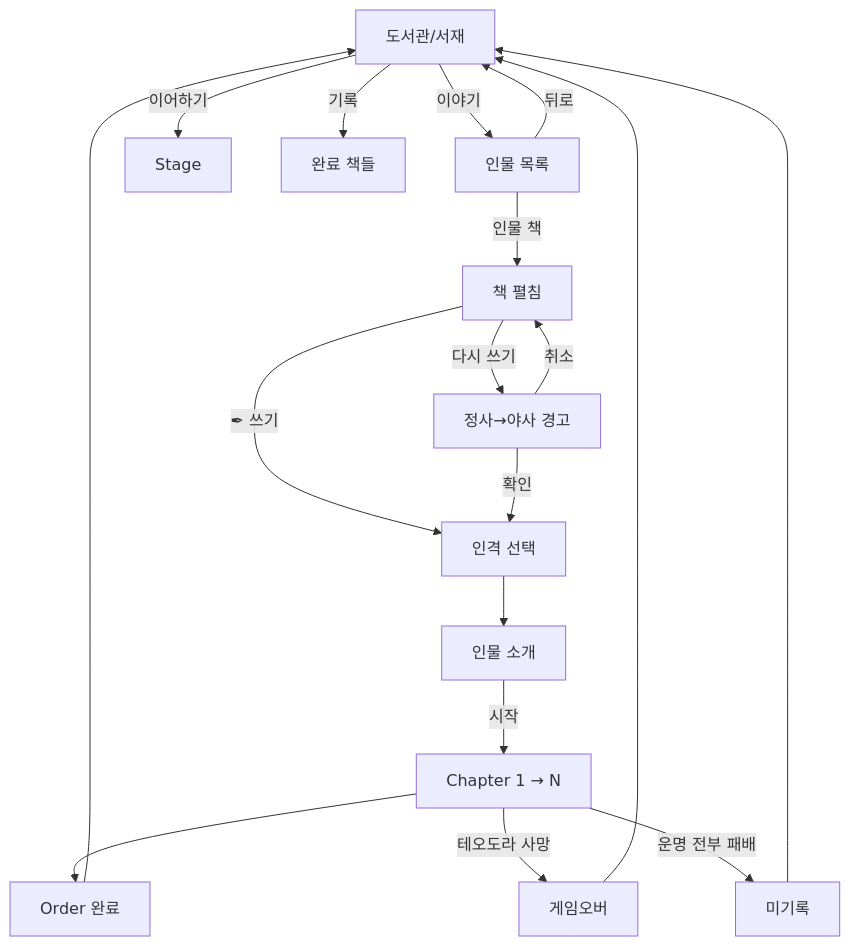
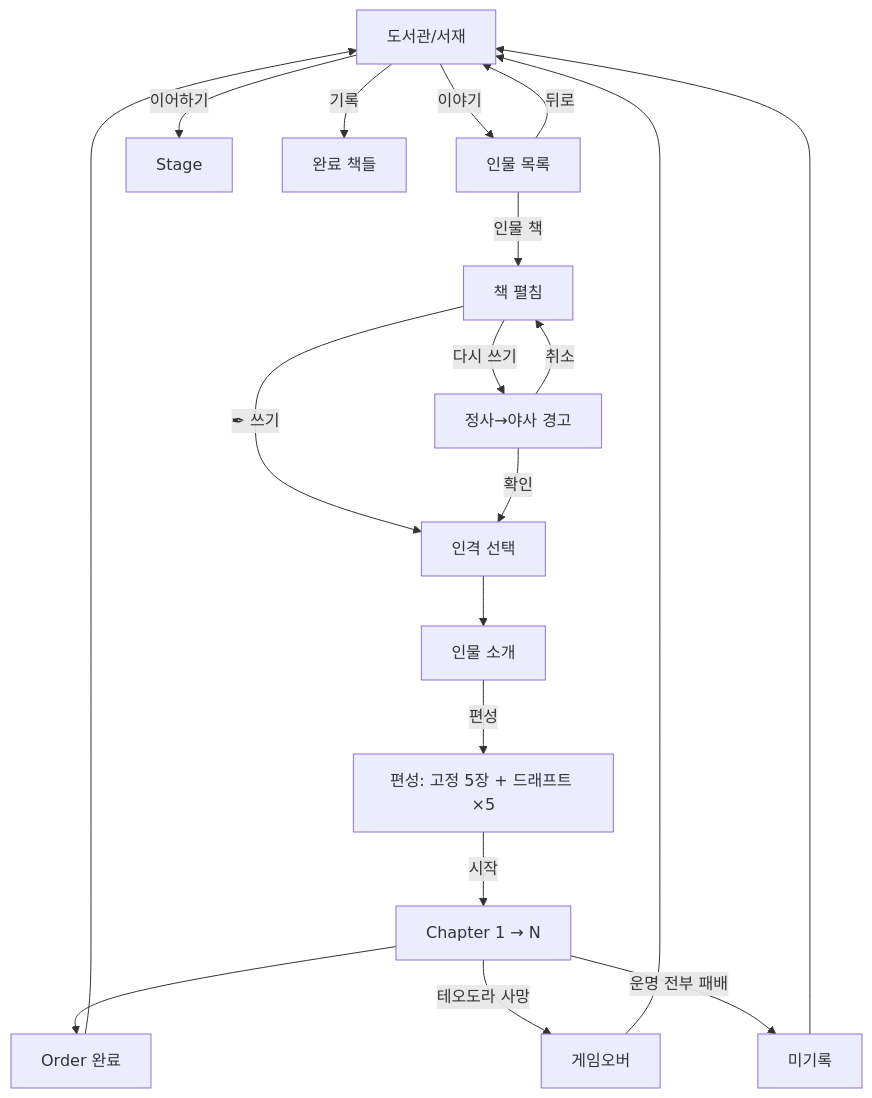
One commit to roam1215-beep/Chronicle-wiki changed the diagram in design/ui_flow.md. Above: the diagram before and after it, drawn with Mermaid. The commit also changed other lines of this file, not shown here.

Commit message:
[ui_flow] 편성(드래프트) 화면 신설 + 동선·Mermaid에 편성 단계 삽입

````diff
--- a/design/ui_flow.md
+++ b/design/ui_flow.md
@@ -68,22 +84,23 @@
 ```mermaid
 flowchart TD
     LIB["도서관/서재"] -->|이야기| LIST["인물 목록"]
     LIB -->|이어하기| STAGE["Stage"]
     LIB -->|기록| RECORD["완료 책들"]
     
     LIST -->|인물 책| CHAR["책 펼침"]
     LIST -->|뒤로| LIB
     
     CHAR -->|✒ 쓰기| PERSONA["인격 선택"]
     CHAR -->|다시 쓰기| WARN["정사→야사 경고"]
     WARN -->|확인| PERSONA
     WARN -->|취소| CHAR
     
     PERSONA --> INTRO["인물 소개"]
-    INTRO -->|시작| CH["Chapter 1 → N"]
+    INTRO -->|편성| DRAFT["편성: 고정 5장 + 드래프트 ×5"]
+    DRAFT -->|시작| CH["Chapter 1 → N"]
     CH --> SAVE["Order 완료"]
     SAVE --> LIB
     
     CH -->|테오도라 사망| GG["게임오버"] --> LIB
     CH -->|운명 전부 패배| FAIL["미기록"] --> LIB
 ```
````
